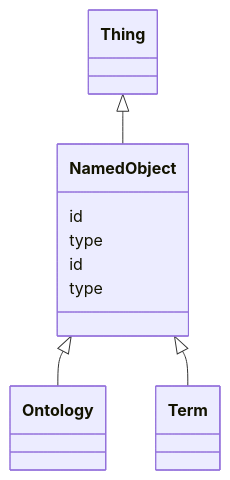
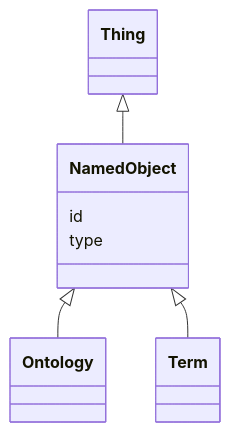
The diagram in ontology-metadata/NamedObject.md (INCATools/ontology-access-kit), drawn with Mermaid before and after one commit. The commit also changed other lines of this file and 1783 other files, not shown here.

````diff
--- a/ontology-metadata/NamedObject.md
+++ b/ontology-metadata/NamedObject.md
@@ -11,16 +11,16 @@
 ```{mermaid}
  classDiagram
     class NamedObject
       Thing <|-- NamedObject
       
-      NamedObject : id
-      NamedObject : type
-      
 
       NamedObject <|-- Ontology
       NamedObject <|-- Term
       
+      
       NamedObject : id
+        
       NamedObject : type
+        
       
 ```
````
